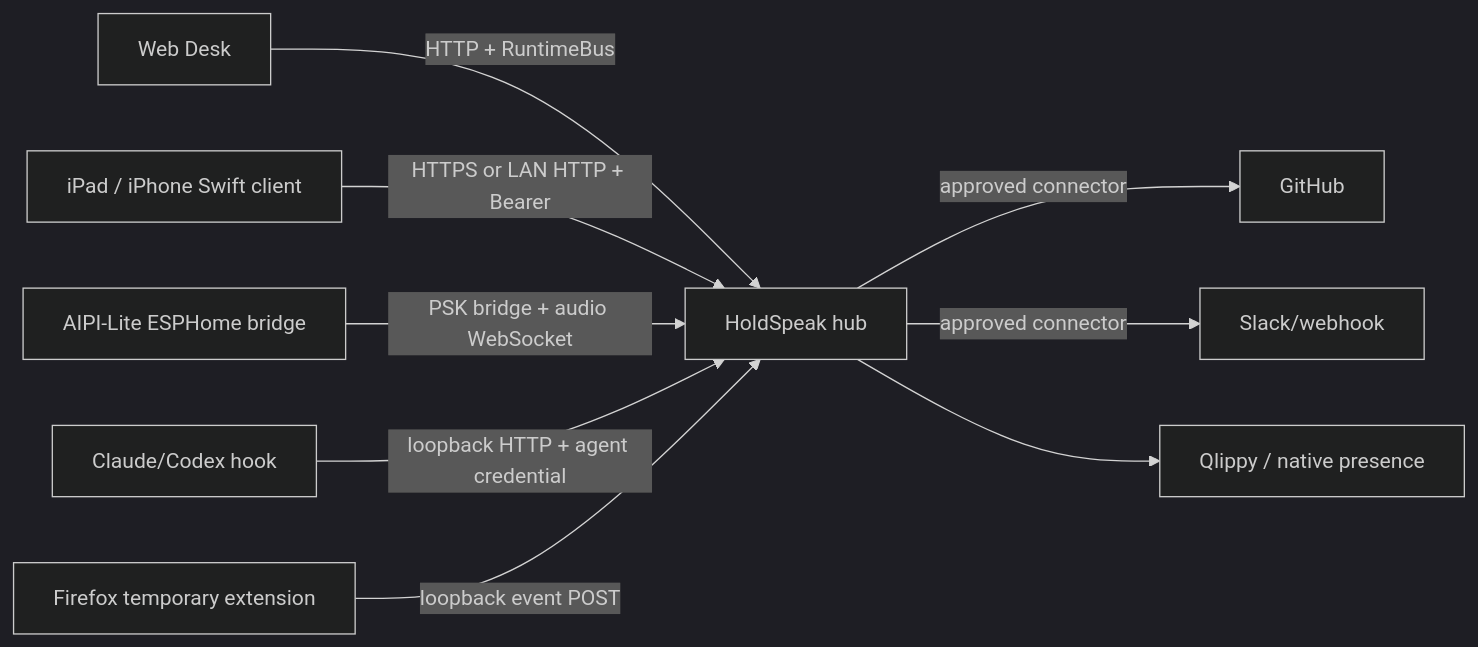
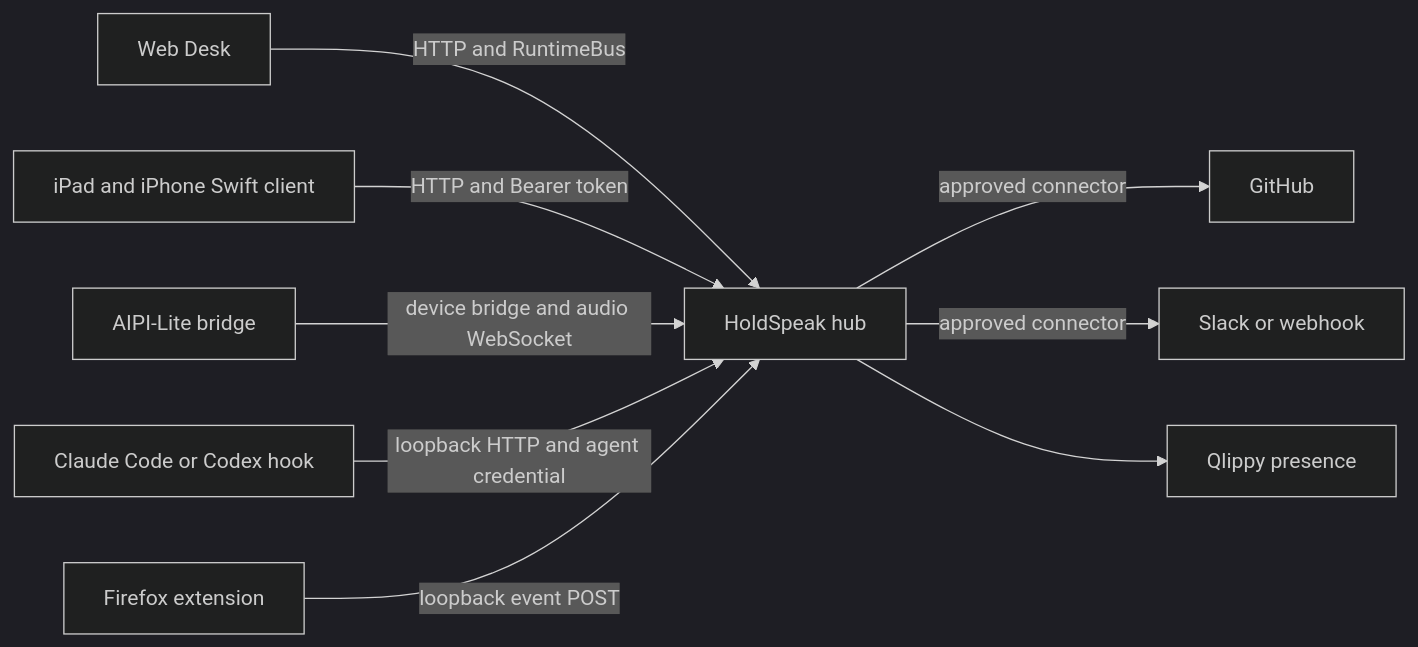
One commit to karolswdev/HoldSpeak changed the diagram in docs/COMPANIONS_ARCHITECTURE.md. Above: the diagram before and after it, drawn with Mermaid (dark theme). The commit also changed other lines of this file and 66 other files, not shown here.

````diff
--- a/docs/COMPANIONS_ARCHITECTURE.md
+++ b/docs/COMPANIONS_ARCHITECTURE.md
@@ -9,11 +13,11 @@
 ```mermaid
 graph LR
-    Web[Web Desk] -->|HTTP + RuntimeBus| Hub[HoldSpeak hub]
-    iPad[iPad / iPhone Swift client] -->|HTTPS or LAN HTTP + Bearer| Hub
-    AIPI[AIPI-Lite ESPHome bridge] -->|PSK bridge + audio WebSocket| Hub
-    Coder[Claude/Codex hook] -->|loopback HTTP + agent credential| Hub
-    Firefox[Firefox temporary extension] -->|loopback event POST| Hub
+    Web[Web Desk] -->|HTTP and RuntimeBus| Hub[HoldSpeak hub]
+    iPad[iPad and iPhone Swift client] -->|HTTP and Bearer token| Hub
+    AIPI[AIPI-Lite bridge] -->|device bridge and audio WebSocket| Hub
+    Coder[Claude Code or Codex hook] -->|loopback HTTP and agent credential| Hub
+    Firefox[Firefox extension] -->|loopback event POST| Hub
     Hub -->|approved connector| GitHub[GitHub]
-    Hub -->|approved connector| Slack[Slack/webhook]
-    Hub --> Presence[Qlippy / native presence]
+    Hub -->|approved connector| Slack[Slack or webhook]
+    Hub --> Presence[Qlippy presence]
 ```
````
